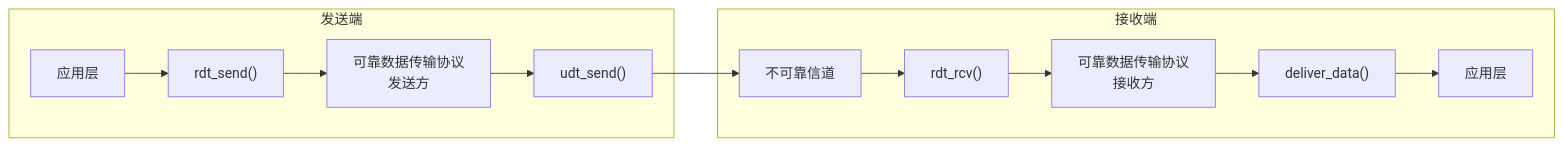
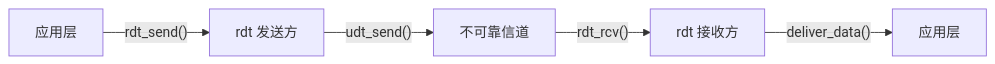
One commit to Meer-Matze/Meer-Matze.github.io changed the seventh of 28 diagrams in src/content/posts/运输层.md. Above: the diagram before and after it, drawn with Mermaid. The commit also changed other lines of this file and 1 other file, not shown here.

````diff
--- a/src/content/posts/运输层.md
+++ b/src/content/posts/运输层.md
@@ -435,17 +324,7 @@
 ```mermaid
 flowchart LR
-    subgraph Sender["发送端"]
-        A["应用层"] --> B["rdt_send()"]
-        B --> C["可靠数据传输协议<br/>发送方"]
-        C --> D["udt_send()"]
-    end
-
-    D --> E["不可靠信道"]
-
-    subgraph Receiver["接收端"]
-        E --> F["rdt_rcv()"]
-        F --> G["可靠数据传输协议<br/>接收方"]
-        G --> H["deliver_data()"]
-        H --> I["应用层"]
-    end
+    A["应用层"] -->|"rdt_send()"| S["rdt 发送方"]
+    S -->|"udt_send()"| CH["不可靠信道"]
+    CH -->|"rdt_rcv()"| R["rdt 接收方"]
+    R -->|"deliver_data()"| B["应用层"]
 ```
````
